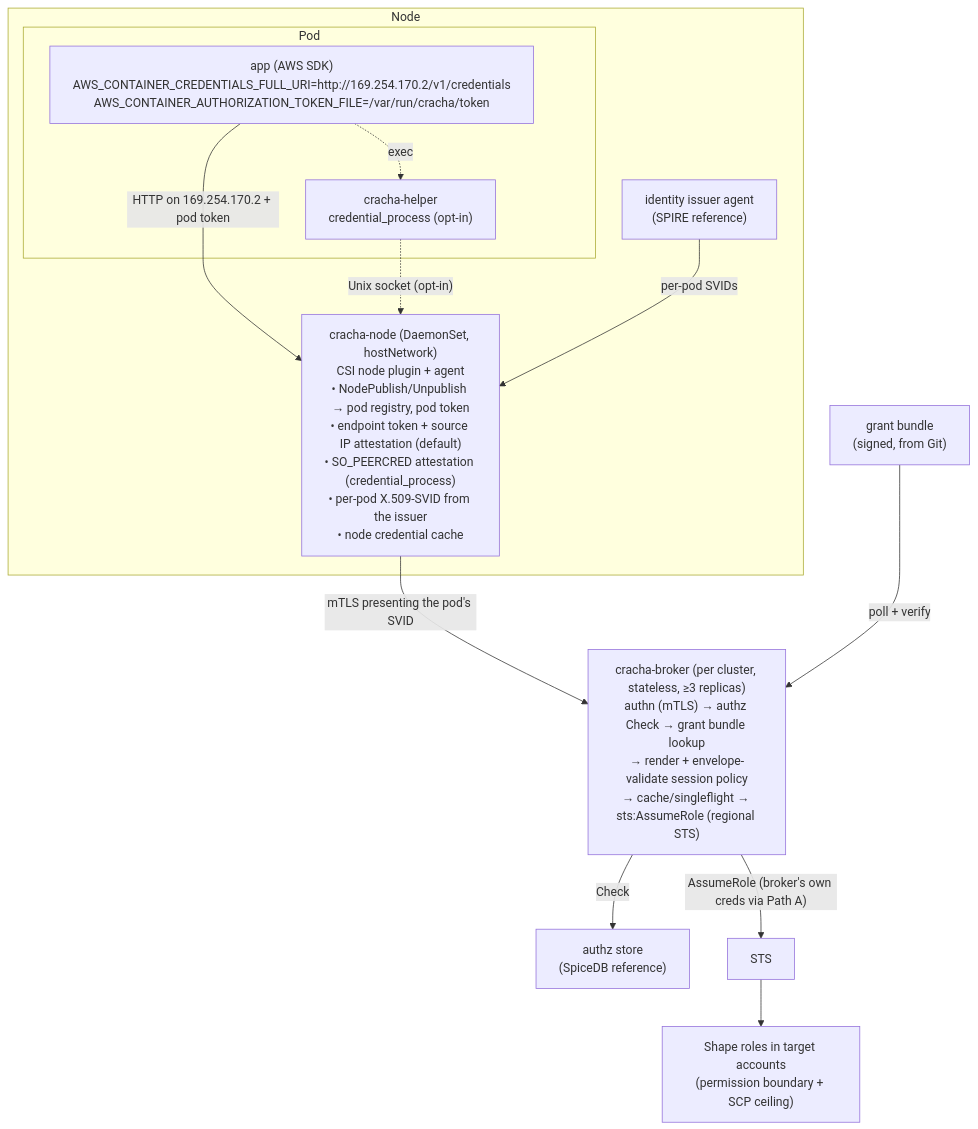
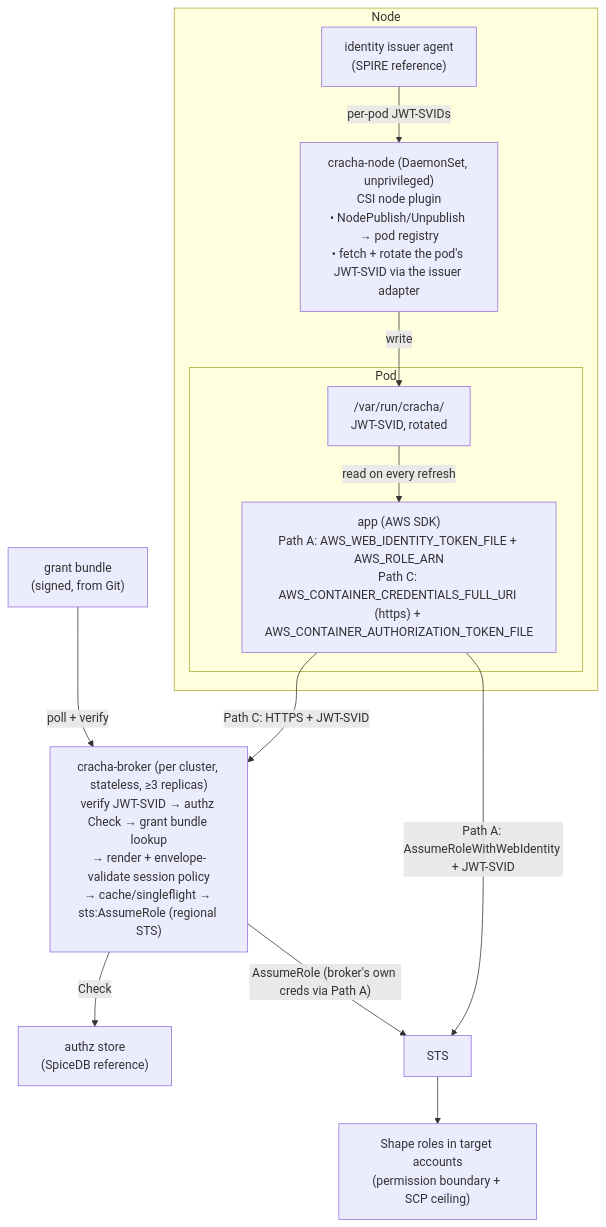
One commit to bpalermo/cracha changed the first of 2 diagrams in docs/design.md. Above: the diagram before and after it, drawn with Mermaid. The commit also changed other lines of this file, not shown here.

First line of the commit message:
Deliver credentials through JWT-SVIDs read by the SDK

````diff
--- a/docs/design.md
+++ b/docs/design.md
@@ -39,25 +42,25 @@
 ```mermaid
 flowchart TB
     subgraph k8snode["Node"]
         subgraph pod["Pod"]
-            app["app (AWS SDK)<br/>AWS_CONTAINER_CREDENTIALS_FULL_URI=http://169.254.170.2/v1/credentials<br/>AWS_CONTAINER_AUTHORIZATION_TOKEN_FILE=/var/run/cracha/token"]
-            helper["cracha-helper<br/>credential_process (opt-in)"]
-            app -.->|exec| helper
+            app["app (AWS SDK)<br/>Path A: AWS_WEB_IDENTITY_TOKEN_FILE + AWS_ROLE_ARN<br/>Path C: AWS_CONTAINER_CREDENTIALS_FULL_URI (https) + AWS_CONTAINER_AUTHORIZATION_TOKEN_FILE"]
+            files["/var/run/cracha/<br/>JWT-SVID, rotated"]
+            files -->|read on every refresh| app
         end
-        agent["cracha-node (DaemonSet, hostNetwork)<br/>CSI node plugin + agent<br/>• NodePublish/Unpublish → pod registry, pod token<br/>• endpoint token + source IP attestation (default)<br/>• SO_PEERCRED attestation (credential_process)<br/>• per-pod X.509-SVID from the issuer<br/>• node credential cache"]
+        agent["cracha-node (DaemonSet, unprivileged)<br/>CSI node plugin<br/>• NodePublish/Unpublish → pod registry<br/>• fetch + rotate the pod's JWT-SVID via the issuer adapter"]
         issuer["identity issuer agent<br/>(SPIRE reference)"]
-        app -->|"HTTP on 169.254.170.2 + pod token"| agent
-        helper -.->|"Unix socket (opt-in)"| agent
-        issuer -->|"per-pod SVIDs"| agent
+        issuer -->|"per-pod JWT-SVIDs"| agent
+        agent -->|write| files
     end
-    broker["cracha-broker (per cluster, stateless, ≥3 replicas)<br/>authn (mTLS) → authz Check → grant bundle lookup<br/>→ render + envelope-validate session policy<br/>→ cache/singleflight → sts:AssumeRole (regional STS)"]
+    broker["cracha-broker (per cluster, stateless, ≥3 replicas)<br/>verify JWT-SVID → authz Check → grant bundle lookup<br/>→ render + envelope-validate session policy<br/>→ cache/singleflight → sts:AssumeRole (regional STS)"]
     authz["authz store<br/>(SpiceDB reference)"]
     bundle["grant bundle<br/>(signed, from Git)"]
     sts["STS"]
     shapes["Shape roles in target accounts<br/>(permission boundary + SCP ceiling)"]
-    agent -->|"mTLS presenting the pod's SVID"| broker
+    app -->|"Path C: HTTPS + JWT-SVID"| broker
+    app -->|"Path A: AssumeRoleWithWebIdentity + JWT-SVID"| sts
     broker -->|Check| authz
     bundle -->|poll + verify| broker
     broker -->|"AssumeRole (broker's own creds via Path A)"| sts
     sts --> shapes
 ```
````
